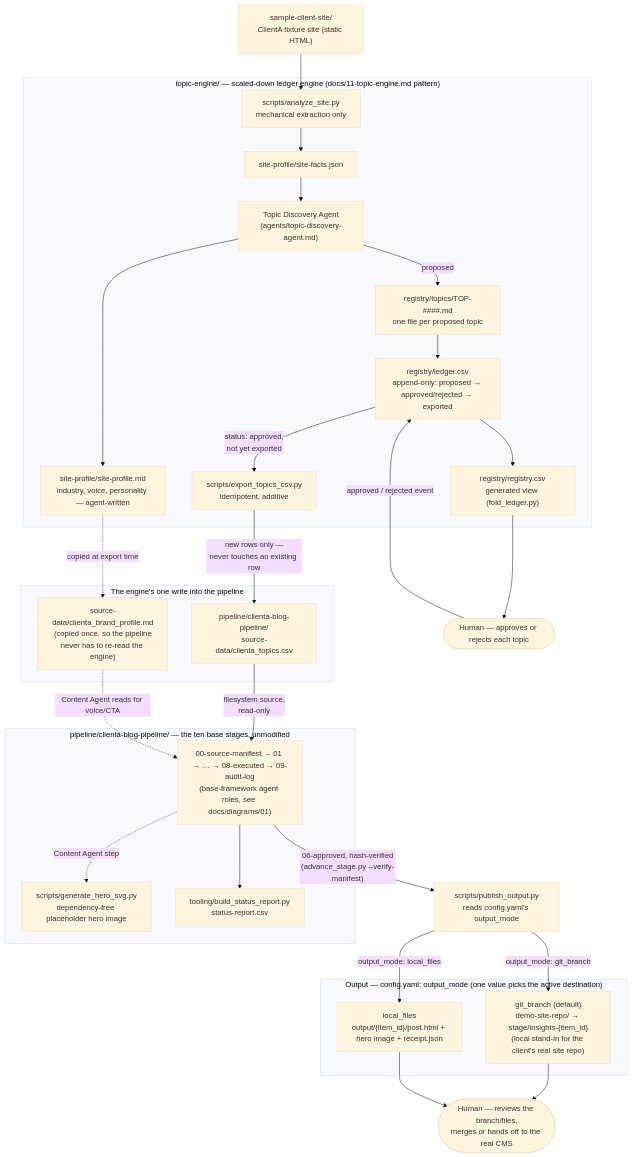
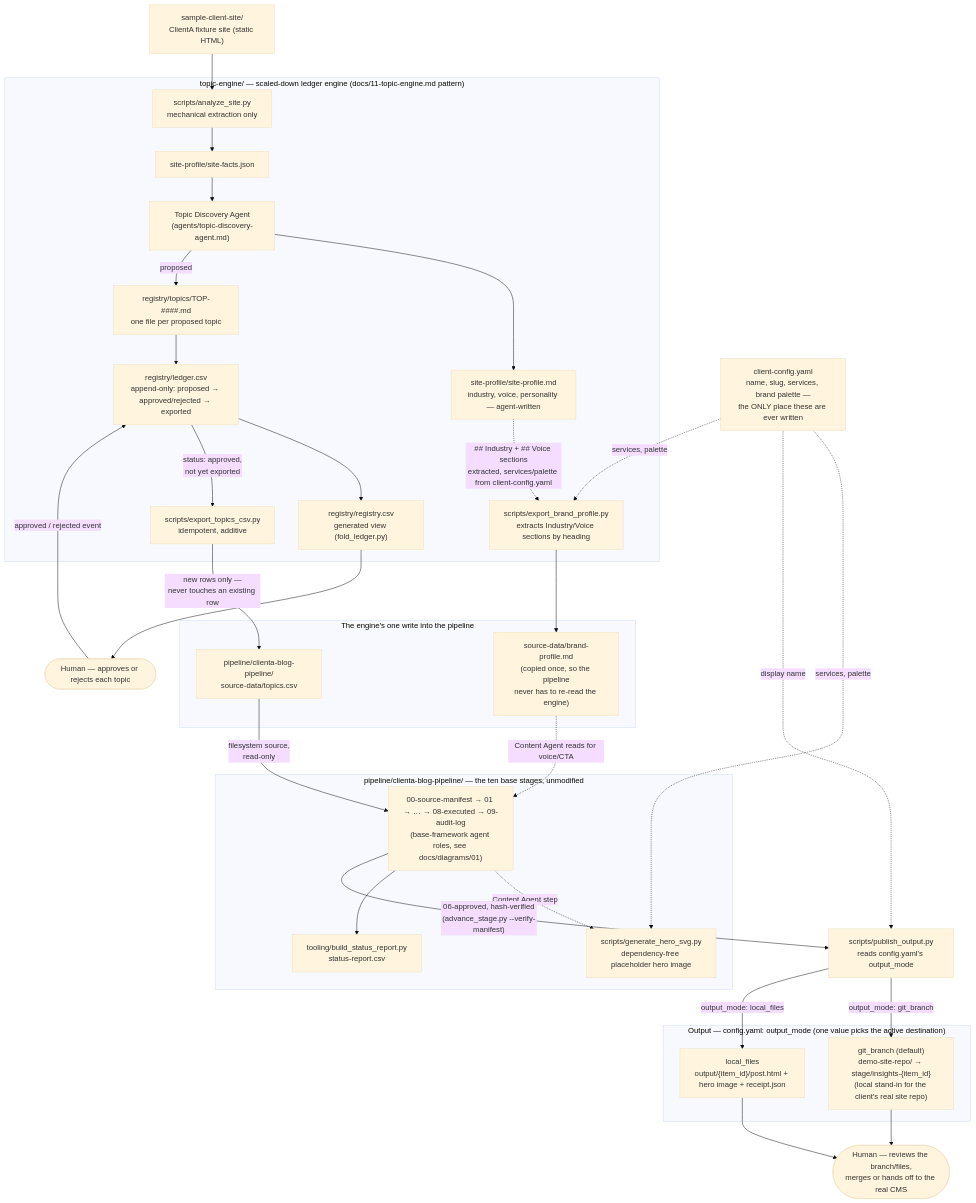
One commit to harshv2001/agent-pipeline-framework changed the first of 2 diagrams in examples/agency-blog-pipeline/ARCHITECTURE.md. Above: the diagram before and after it, drawn with Mermaid (base theme). The commit also changed other lines of this file and 31 other files, not shown here.

````diff
--- a/examples/agency-blog-pipeline/ARCHITECTURE.md
+++ b/examples/agency-blog-pipeline/ARCHITECTURE.md
@@ -23,58 +23,65 @@
 ```mermaid
 flowchart TD
     SITE["sample-client-site/<br/>ClientA fixture site (static HTML)"]
+    CONFIG["client-config.yaml<br/>name, slug, services, brand palette —<br/>the ONLY place these are ever written"]
 
     subgraph TOPICENG["topic-engine/ — scaled-down ledger engine (docs/11-topic-engine.md pattern)"]
         ANALYZE["scripts/analyze_site.py<br/>mechanical extraction only"]
         FACTS["site-profile/site-facts.json"]
         AGENT["Topic Discovery Agent<br/>(agents/topic-discovery-agent.md)"]
         PROFILE["site-profile/site-profile.md<br/>industry, voice, personality — agent-written"]
         TOPICS["registry/topics/TOP-####.md<br/>one file per proposed topic"]
         LEDGER["registry/ledger.csv<br/>append-only: proposed → approved/rejected → exported"]
         REGCSV["registry/registry.csv<br/>generated view (fold_ledger.py)"]
         EXPORT["scripts/export_topics_csv.py<br/>idempotent, additive"]
+        EXPORTBRAND["scripts/export_brand_profile.py<br/>extracts Industry/Voice sections by heading"]
     end
 
     HUMAN1(["Human — approves or rejects each topic"])
 
     SITE --> ANALYZE --> FACTS --> AGENT
     AGENT --> PROFILE
     AGENT -- "proposed" --> TOPICS --> LEDGER --> REGCSV
     REGCSV --> HUMAN1
     HUMAN1 -- "approved / rejected event" --> LEDGER
     LEDGER -- "status: approved,<br/>not yet exported" --> EXPORT
 
     subgraph HANDOFF["The engine's one write into the pipeline"]
-        CSV["pipeline/clienta-blog-pipeline/<br/>source-data/clienta_topics.csv"]
-        BRAND["source-data/clienta_brand_profile.md<br/>(copied once, so the pipeline<br/>never has to re-read the engine)"]
+        CSV["pipeline/clienta-blog-pipeline/<br/>source-data/topics.csv"]
+        BRAND["source-data/brand-profile.md<br/>(copied once, so the pipeline<br/>never has to re-read the engine)"]
     end
 
     EXPORT -- "new rows only —<br/>never touches an existing row" --> CSV
-    PROFILE -. "copied at export time" .-> BRAND
+    PROFILE -. "## Industry + ## Voice sections<br/>extracted, services/palette from client-config.yaml" .-> EXPORTBRAND
+    EXPORTBRAND --> BRAND
 
     subgraph PIPELINE["pipeline/clienta-blog-pipeline/ — the ten base stages, unmodified"]
         STAGES["00-source-manifest → 01 → … → 08-executed → 09-audit-log<br/>(base-framework agent roles, see docs/diagrams/01)"]
         SVG["scripts/generate_hero_svg.py<br/>dependency-free placeholder hero image"]
         REPORT["tooling/build_status_report.py<br/>status-report.csv"]
     end
 
     CSV -- "filesystem source,<br/>read-only" --> STAGES
     BRAND -. "Content Agent reads for voice/CTA" .-> STAGES
     STAGES -. "Content Agent step" .-> SVG
     STAGES --> REPORT
 
     PUBLISH["scripts/publish_output.py<br/>reads config.yaml's output_mode"]
     STAGES -- "06-approved, hash-verified<br/>(advance_stage.py --verify-manifest)" --> PUBLISH
 
+    CONFIG -. "services, palette" .-> SVG
+    CONFIG -. "display name" .-> PUBLISH
+    CONFIG -. "services, palette" .-> EXPORTBRAND
+
     subgraph OUT["Output — config.yaml: output_mode (one value picks the active destination)"]
         GITMODE["git_branch (default)<br/>demo-site-repo/ → stage/insights-{item_id}<br/>(local stand-in for the client's real site repo)"]
         LOCALMODE["local_files<br/>output/{item_id}/post.html + hero image + receipt.json"]
     end
 
     PUBLISH -- "output_mode: git_branch" --> GITMODE
     PUBLISH -- "output_mode: local_files" --> LOCALMODE
 
     HUMAN2(["Human — reviews the branch/files,<br/>merges or hands off to the real CMS"])
     GITMODE --> HUMAN2
     LOCALMODE --> HUMAN2
 ```
````
